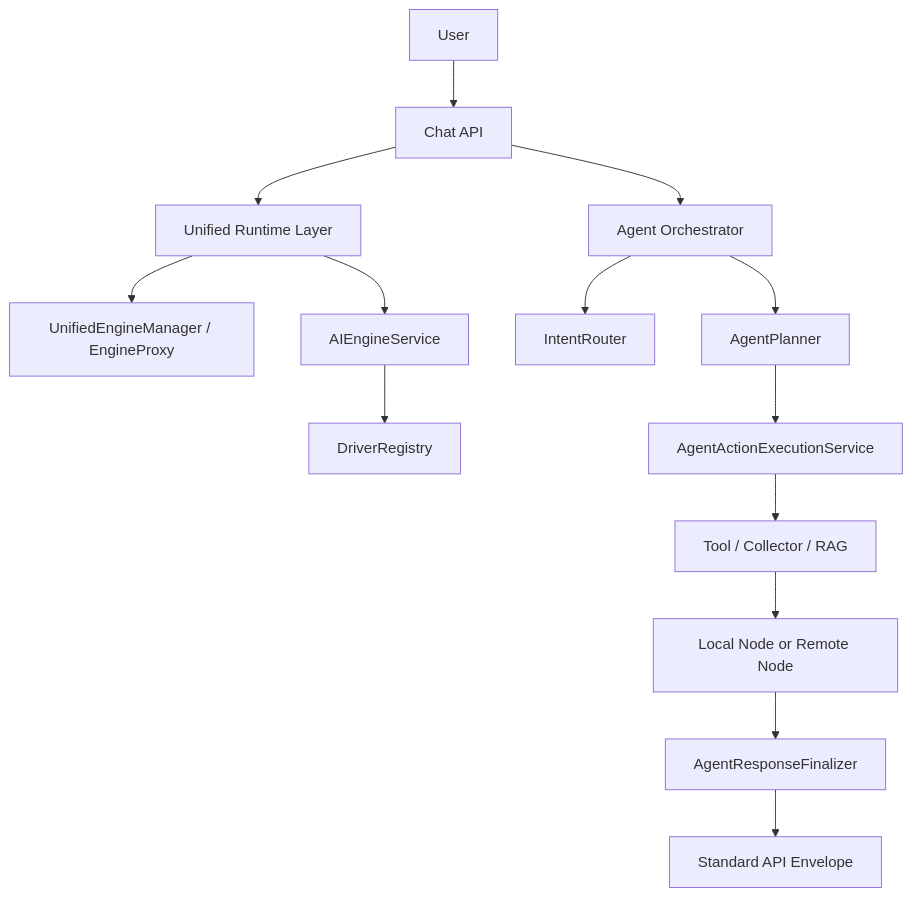
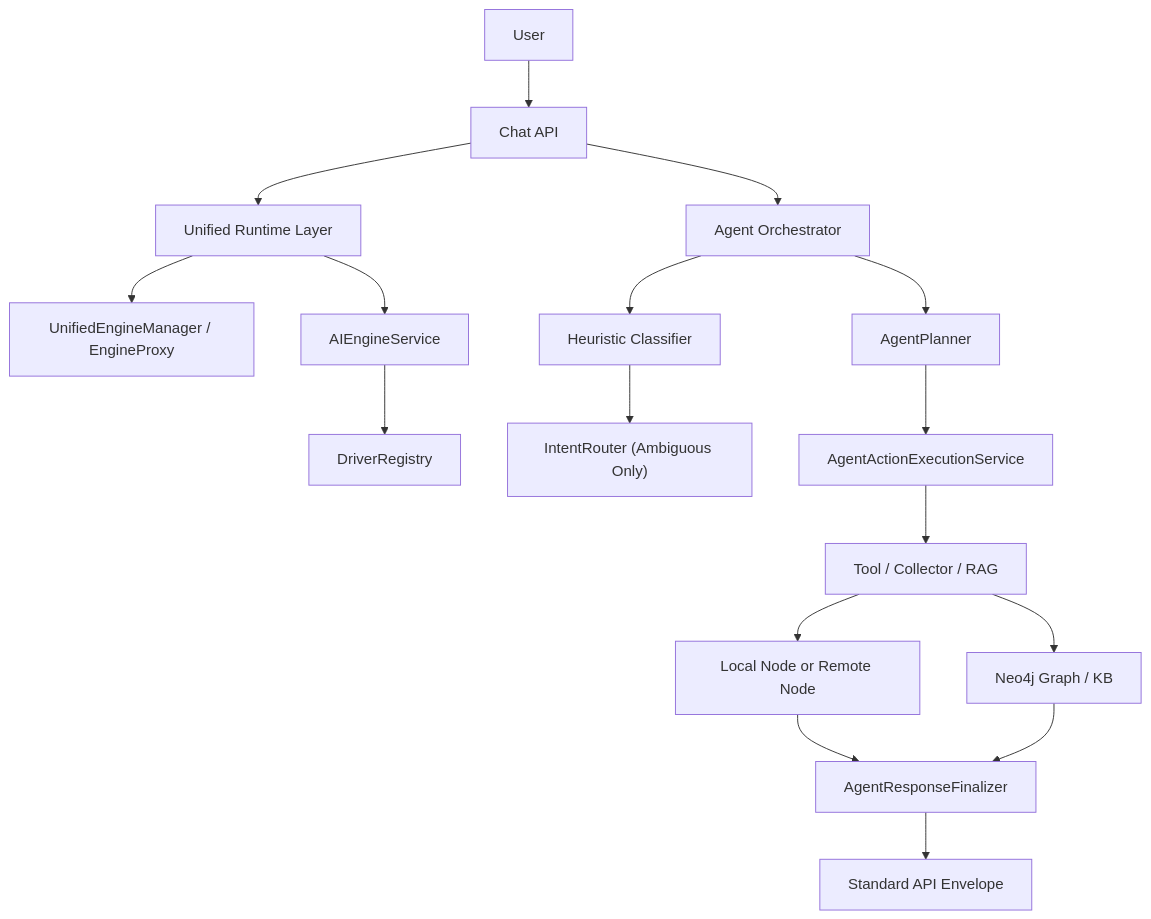
Before and after one commit to mabou7agar/laravel-ai-support: the diagram in docs-site/guides/architecture.mdx, drawn with Mermaid. The commit also changed other lines of this file and 143 other files, not shown here.

Commit message:
Enhance Architecture and Support Neo4J

````diff
--- a/docs-site/guides/architecture.mdx
+++ b/docs-site/guides/architecture.mdx
@@ -8,16 +8,19 @@
 ```mermaid
 flowchart TD
   U["User"] --> API["Chat API"]
   API --> ORCH["Agent Orchestrator"]
   API --> RT["Unified Runtime Layer"]
   RT --> UM["UnifiedEngineManager / EngineProxy"]
   RT --> SVC["AIEngineService"]
   SVC --> REG["DriverRegistry"]
-  ORCH --> IR["IntentRouter"]
+  ORCH --> CLS["Heuristic Classifier"]
+  CLS --> IR["IntentRouter (Ambiguous Only)"]
   ORCH --> PL["AgentPlanner"]
   PL --> EX["AgentActionExecutionService"]
   EX --> TOOL["Tool / Collector / RAG"]
+  TOOL --> GRAPH["Neo4j Graph / KB"]
   TOOL --> NODE["Local Node or Remote Node"]
   NODE --> RF["AgentResponseFinalizer"]
+  GRAPH --> RF
   RF --> RESP["Standard API Envelope"]
 ```
````
